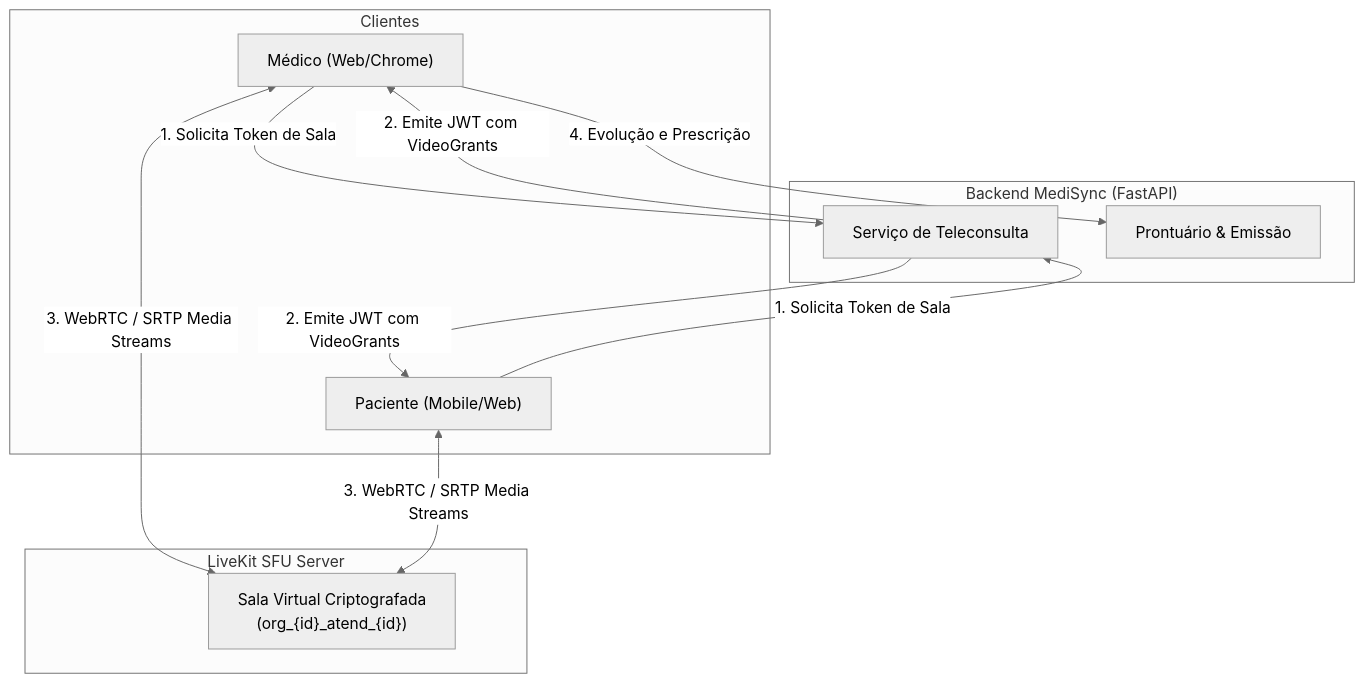
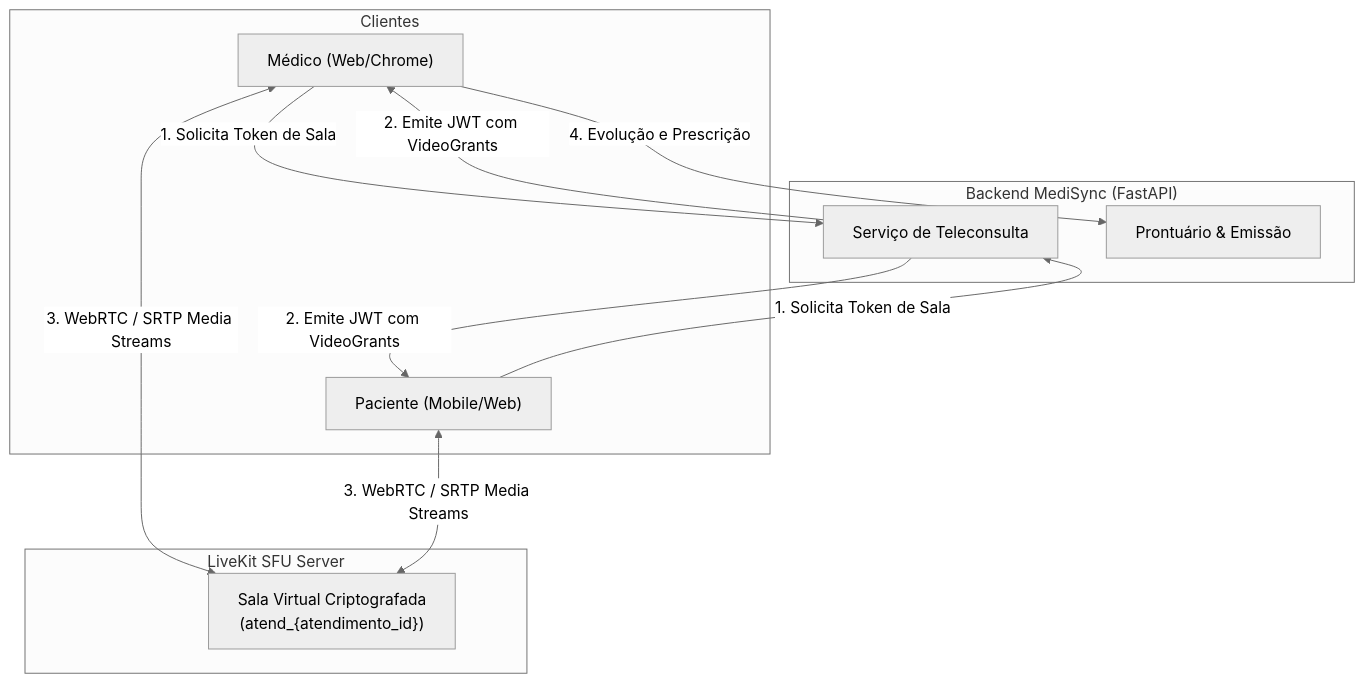
The first of 2 diagrams in docs/explanation/architecture/compliance-and-telemedicine.md (Rafaelp122/medisync), drawn with Mermaid (neutral theme) before and after one commit. The commit also changed other lines of this file and 28 other files, not shown here.

````diff
--- a/docs/explanation/architecture/compliance-and-telemedicine.md
+++ b/docs/explanation/architecture/compliance-and-telemedicine.md
@@ -29,26 +29,26 @@
 ```mermaid
 flowchart TD
     subgraph Clientes
         Med["Médico (Web/Chrome)"]
         Pac["Paciente (Mobile/Web)"]
     end
 
     subgraph Backend ["Backend MediSync (FastAPI)"]
         Auth["Serviço de Teleconsulta"]
         PEP["Prontuário & Emissão"]
     end
 
     subgraph Midia ["LiveKit SFU Server"]
-        Room["Sala Virtual Criptografada<br/>(org_{id}_atend_{id})"]
+        Room["Sala Virtual Criptografada<br/>(atend_{atendimento_id})"]
     end
 
     Med -->|1. Solicita Token de Sala| Auth
     Pac -->|1. Solicita Token de Sala| Auth
     Auth -->|2. Emite JWT com VideoGrants| Med
     Auth -->|2. Emite JWT com VideoGrants| Pac
 
     Med <-->|3. WebRTC / SRTP Media Streams| Room
     Pac <-->|3. WebRTC / SRTP Media Streams| Room
 
     Med -->|4. Evolução e Prescrição| PEP
 ```
````
